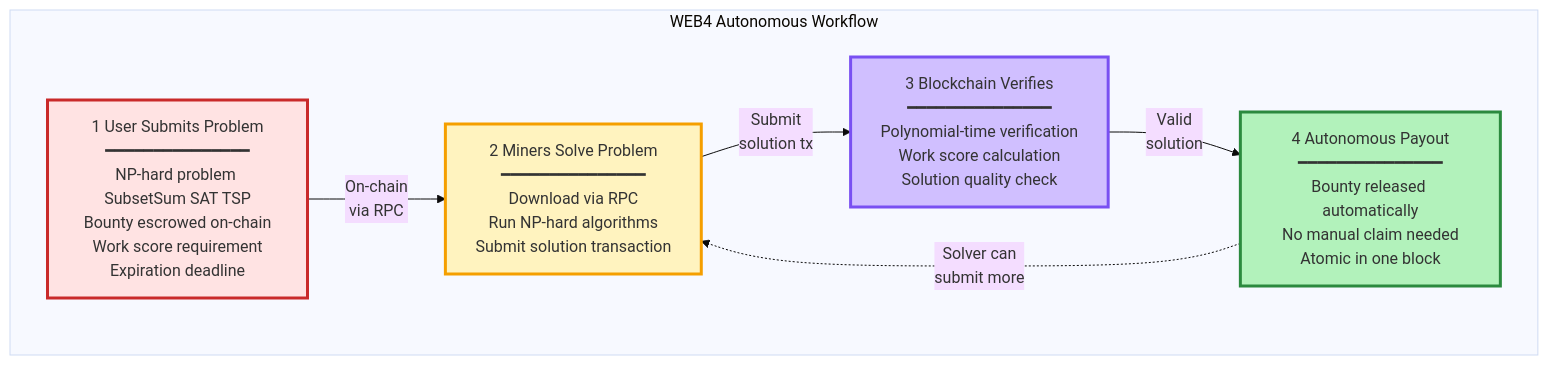
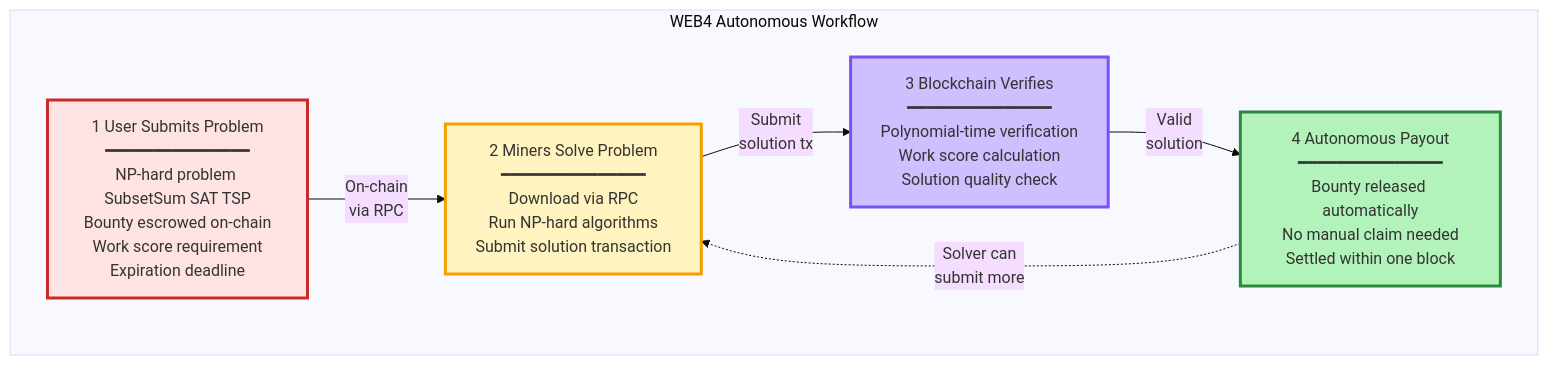
The first of 4 diagrams in README.md (COINjecture-Network/COINjecture2.0), drawn with Mermaid before and after one commit. The commit also changed other lines of this file and 2 other files, not shown here.

````diff
--- a/README.md
+++ b/README.md
@@ -64,23 +64,23 @@
 ```mermaid
 %%{init: {'theme':'base', 'themeVariables': { 'fontSize':'16px', 'fontFamily':'Arial'}}}%%
 graph TB
     subgraph "WEB4 Autonomous Workflow"
         style SUBMIT fill:#ffe3e3,stroke:#c92a2a,stroke-width:3px
         style MINE fill:#fff3bf,stroke:#f59f00,stroke-width:3px
         style VERIFY fill:#d0bfff,stroke:#7950f2,stroke-width:3px
         style PAYOUT fill:#b2f2bb,stroke:#2b8a3e,stroke-width:3px
 
         SUBMIT["1 User Submits Problem<br/>━━━━━━━━━━━━━━━<br/>NP-hard problem SubsetSum SAT TSP<br/>Bounty escrowed on-chain<br/>Work score requirement<br/>Expiration deadline"]
 
         MINE["2 Miners Solve Problem<br/>━━━━━━━━━━━━━━━<br/>Download via RPC<br/>Run NP-hard algorithms<br/>Submit solution transaction"]
 
         VERIFY["3 Blockchain Verifies<br/>━━━━━━━━━━━━━━━<br/>Polynomial-time verification<br/>Work score calculation<br/>Solution quality check"]
 
-        PAYOUT["4 Autonomous Payout<br/>━━━━━━━━━━━━━━━<br/>Bounty released automatically<br/>No manual claim needed<br/>Atomic in one block"]
+        PAYOUT["4 Autonomous Payout<br/>━━━━━━━━━━━━━━━<br/>Bounty released automatically<br/>No manual claim needed<br/>Settled within one block"]
 
         SUBMIT -->|"On-chain<br/>via RPC"| MINE
         MINE -->|"Submit<br/>solution tx"| VERIFY
         VERIFY -->|"Valid<br/>solution"| PAYOUT
         PAYOUT -.->|"Solver can<br/>submit more"| MINE
     end
 ```
````
